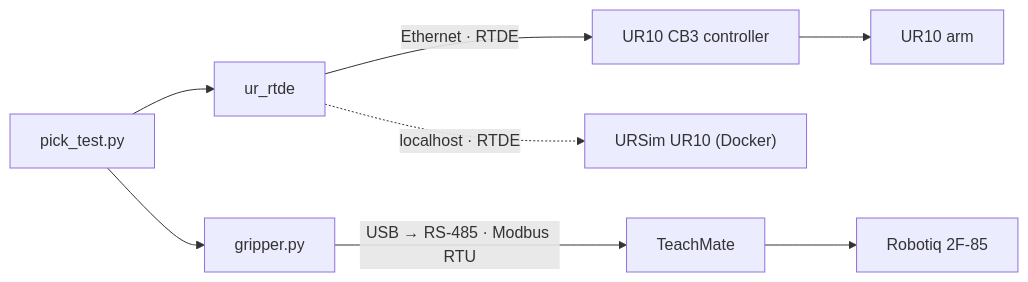
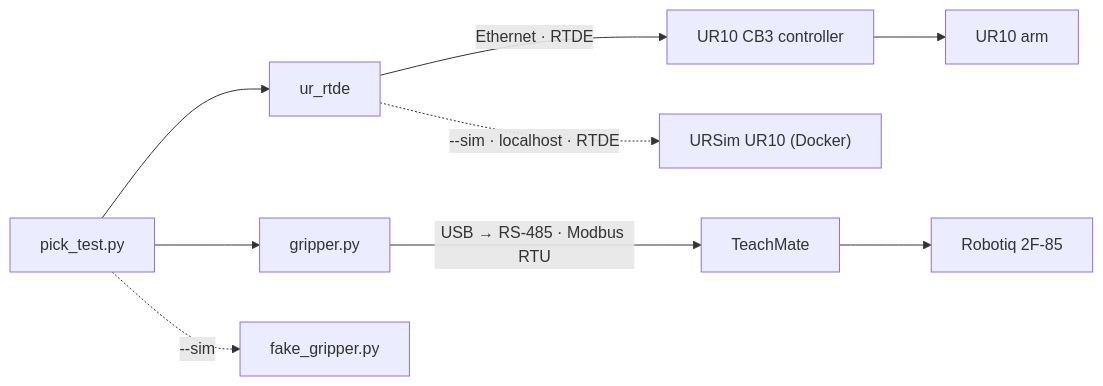
One commit to Gabriel-smm/auto-UR10 changed the diagram in README.md. Above: the diagram before and after it, drawn with Mermaid. The commit also changed other lines of this file and 7 other files, not shown here.

````diff
--- a/README.md
+++ b/README.md
@@ -19,10 +19,11 @@
 ```mermaid
 flowchart LR
     S["pick_test.py"] --> R["ur_rtde"]
     S --> G["gripper.py"]
     R -- "Ethernet · RTDE" --> CB3["UR10 CB3 controller"]
     CB3 --> ARM["UR10 arm"]
     G -- "USB → RS-485 · Modbus RTU" --> TM["TeachMate"]
     TM --> GR["Robotiq 2F-85"]
-    R -. "localhost · RTDE" .-> SIM["URSim UR10 (Docker)"]
+    R -. "--sim · localhost · RTDE" .-> SIM["URSim UR10 (Docker)"]
+    S -. "--sim" .-> FG["fake_gripper.py"]
 ```
````
